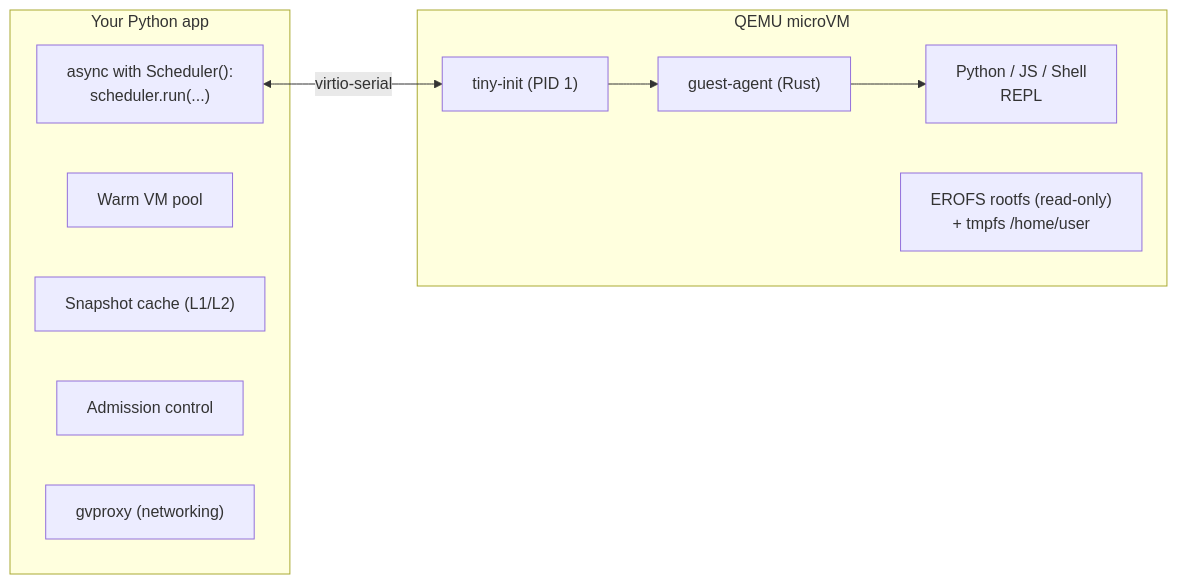
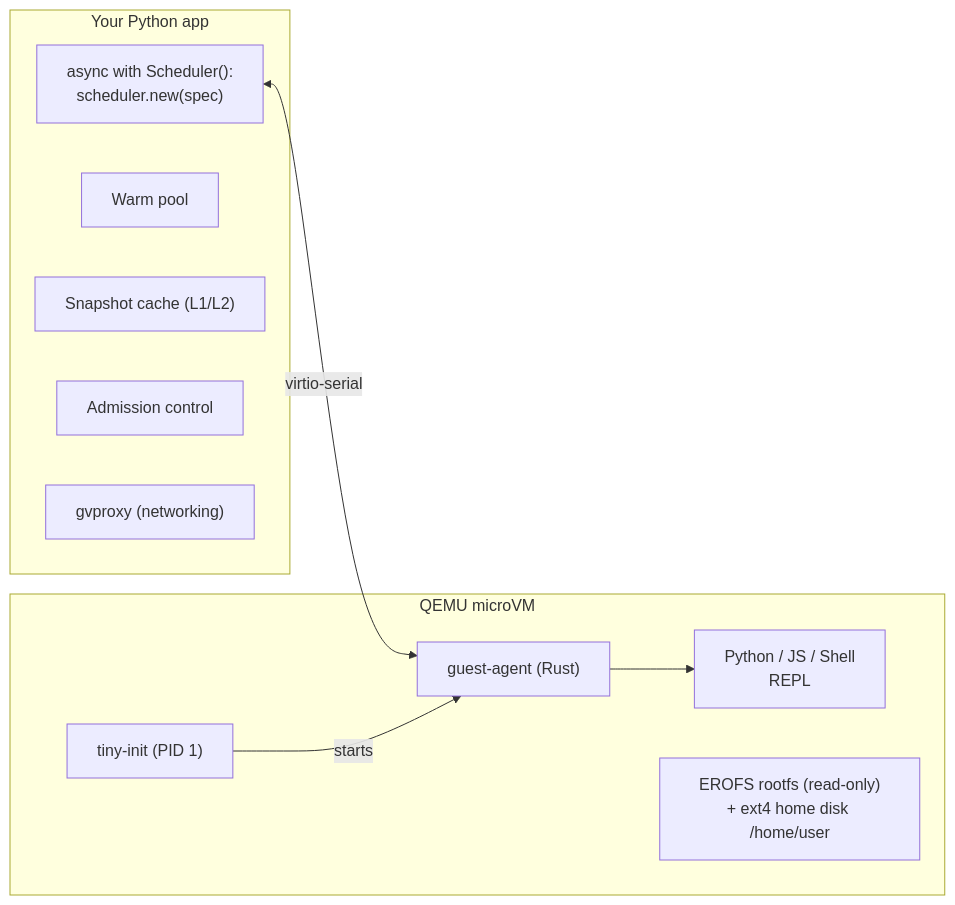
One commit to dualeai/exec-sandbox changed the diagram in README.md. Above: the diagram before and after it, drawn with Mermaid. The commit also changed other lines of this file and 55 other files, not shown here.

````diff
--- a/README.md
+++ b/README.md
@@ -230,20 +1107,20 @@
 ```mermaid
 graph LR
     subgraph Host["Your Python app"]
-        Scheduler["async with Scheduler():<br/>scheduler.run(...)"]
-        Pool["Warm VM pool"]
+        Scheduler["async with Scheduler():<br/>scheduler.new(spec)"]
+        Pool["Warm pool"]
         Cache["Snapshot cache (L1/L2)"]
         Admission["Admission control"]
         Proxy["gvproxy (networking)"]
     end
 
     subgraph Guest["QEMU microVM"]
         Init["tiny-init (PID 1)"]
         Agent["guest-agent (Rust)"]
         REPL["Python / JS / Shell<br/>REPL"]
-        FS["EROFS rootfs (read-only)<br/>+ tmpfs /home/user"]
+        FS["EROFS rootfs (read-only)<br/>+ ext4 home disk /home/user"]
     end
 
-    Scheduler <-->|"virtio-serial"| Init
-    Init --> Agent --> REPL
+    Scheduler <-->|"virtio-serial"| Agent
+    Init -->|starts| Agent --> REPL
 ```
````
